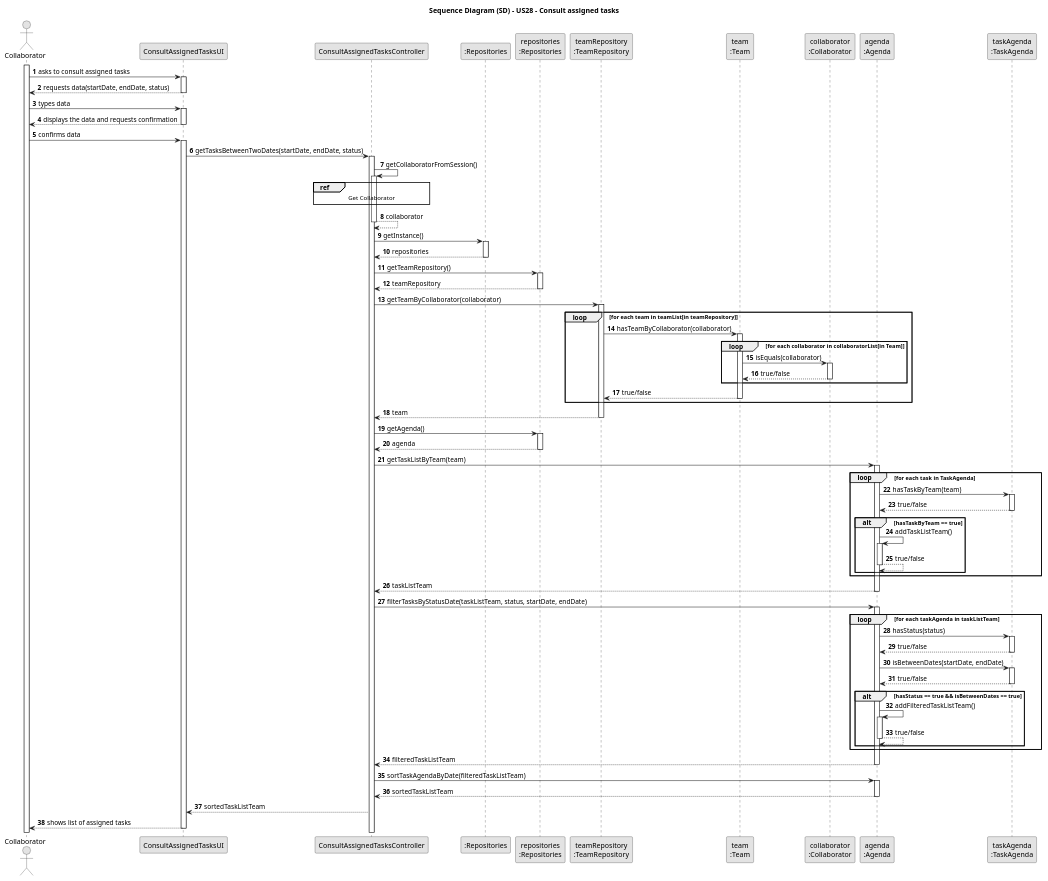
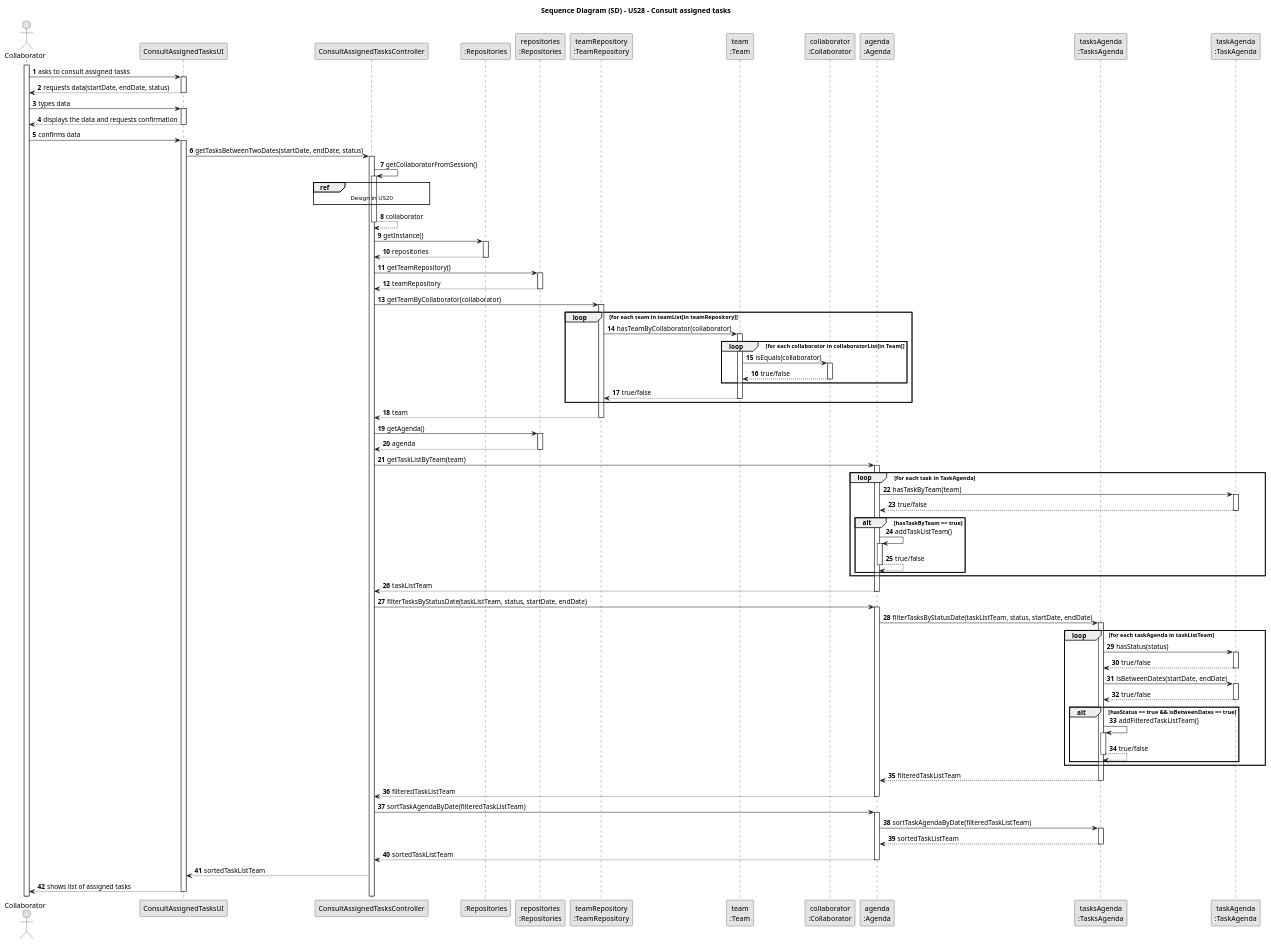
The diagram in docs/sprint3/us28/03.design/puml/us28-sequence-diagram.puml (Departamento-de-Engenharia-Informatica/lei-24-s2-1db-g022), drawn with PlantUML before and after one commit. The commit also changed 2 other files, not shown here.

```diff
--- a/docs/sprint3/us28/03.design/puml/us28-sequence-diagram.puml
+++ b/docs/sprint3/us28/03.design/puml/us28-sequence-diagram.puml
@@ -1,155 +1,174 @@
 @startuml
 skinparam monochrome true
 skinparam packageStyle rectangle
 skinparam shadowing false
 
 title Sequence Diagram (SD) - US28 - Consult assigned tasks
 
 autonumber
 
 actor "Collaborator" as Col
 participant "ConsultAssignedTasksUI" as UI
 participant "ConsultAssignedTasksController" as CTRL
 participant ":Repositories" as RepositorySingleton
 participant "repositories\n:Repositories" as PLAT
 participant "teamRepository\n:TeamRepository" as TeamRepo
 participant "team\n:Team" as TEAM
 participant "collaborator\n:Collaborator" as Collab
 participant "agenda\n:Agenda" as AGENDA
+participant "tasksAgenda\n:TasksAgenda" as TASKSAGENDA
 participant "taskAgenda\n:TaskAgenda" as TASKAGENDA
+
 
 activate Col
 
     Col -> UI : asks to consult assigned tasks
     activate UI
 
     UI --> Col : requests data(startDate, endDate, status)
     deactivate UI
 
     Col->UI: types data
     activate UI
 
     UI --> Col : displays the data and requests confirmation
     deactivate UI
 
     Col -> UI : confirms data
     activate UI
 
     UI-> CTRL : getTasksBetweenTwoDates(startDate, endDate, status)
     activate CTRL
 
         CTRL -> CTRL : getCollaboratorFromSession()
         activate CTRL
 
             ref over CTRL
-                Get Collaborator
+                Design in US20
             end ref
 
         CTRL --> CTRL : collaborator
         deactivate CTRL
 
     CTRL -> RepositorySingleton: getInstance()
     activate RepositorySingleton
 
     RepositorySingleton --> CTRL: repositories
     deactivate RepositorySingleton
 
     CTRL -> PLAT : getTeamRepository()
     activate PLAT
 
     PLAT --> CTRL : teamRepository
     deactivate PLAT
 
     CTRL -> TeamRepo : getTeamByCollaborator(collaborator)
     activate TeamRepo
 
         loop for each team in teamList[in teamRepository]
 
             TeamRepo -> TEAM : hasTeamByCollaborator(collaborator)
             activate TEAM
 
             loop for each collaborator in collaboratorList[in Team]
                 TEAM -> Collab : isEquals(collaborator)
                 activate Collab
 
                 Collab --> TEAM: true/false
                 deactivate Collab
 
             end
                 TEAM --> TeamRepo : true/false
                 deactivate TEAM
         end
 
         TeamRepo --> CTRL : team
         deactivate TeamRepo
 
     CTRL -> PLAT: getAgenda()
     activate PLAT
 
     PLAT --> CTRL: agenda
     deactivate PLAT
 
     CTRL -> AGENDA: getTaskListByTeam(team)
     activate AGENDA
 
+
+
     loop for each task in TaskAgenda
 
     AGENDA -> TASKAGENDA: hasTaskByTeam(team)
     activate TASKAGENDA
 
             TASKAGENDA --> AGENDA: true/false
             deactivate TASKAGENDA
 
             alt hasTaskByTeam == true
                 AGENDA -> AGENDA : addTaskListTeam()
                 activate AGENDA
 
                 AGENDA --> AGENDA : true/false
                 deactivate AGENDA
             end
 
     end
 
     AGENDA --> CTRL: taskListTeam
     deactivate AGENDA
 
         CTRL -> AGENDA: filterTasksByStatusDate(taskListTeam, status, startDate, endDate)
         activate AGENDA
+
+        AGENDA -> TASKSAGENDA : filterTasksByStatusDate(taskListTeam, status, startDate, endDate)
+        activate TASKSAGENDA
+
+
+
                 loop for each taskAgenda in taskListTeam
-        AGENDA -> TASKAGENDA : hasStatus(status)
+        TASKSAGENDA -> TASKAGENDA : hasStatus(status)
         activate TASKAGENDA
 
-        TASKAGENDA --> AGENDA : true/false
+        TASKAGENDA --> TASKSAGENDA : true/false
         deactivate TASKAGENDA
 
-        AGENDA -> TASKAGENDA : isBetweenDates(startDate, endDate)
+        TASKSAGENDA -> TASKAGENDA : isBetweenDates(startDate, endDate)
         activate TASKAGENDA
 
-        TASKAGENDA --> AGENDA : true/false
+        TASKAGENDA --> TASKSAGENDA : true/false
         deactivate TASKAGENDA
 
             alt hasStatus == true && isBetweenDates == true
-                AGENDA -> AGENDA: addFilteredTaskListTeam()
-                activate AGENDA
+                TASKSAGENDA -> TASKSAGENDA: addFilteredTaskListTeam()
+                activate TASKSAGENDA
 
-                AGENDA --> AGENDA: true/false
-                deactivate AGENDA
+                TASKSAGENDA --> TASKSAGENDA: true/false
+                deactivate TASKSAGENDA
             end
 
     end
+
+        TASKSAGENDA --> AGENDA : filteredTaskListTeam
+        deactivate TASKSAGENDA
 
         AGENDA --> CTRL: filteredTaskListTeam
         deactivate AGENDA
 
         CTRL -> AGENDA: sortTaskAgendaByDate(filteredTaskListTeam)
         activate AGENDA
+
+        AGENDA -> TASKSAGENDA: sortTaskAgendaByDate(filteredTaskListTeam)
+        activate TASKSAGENDA
+
+        TASKSAGENDA --> AGENDA: sortedTaskListTeam
+        deactivate TASKSAGENDA
 
         AGENDA --> CTRL: sortedTaskListTeam
         deactivate AGENDA
 
         CTRL --> UI : sortedTaskListTeam
 
     UI --> Col : shows list of assigned tasks
     deactivate UI
 
 @enduml
```
